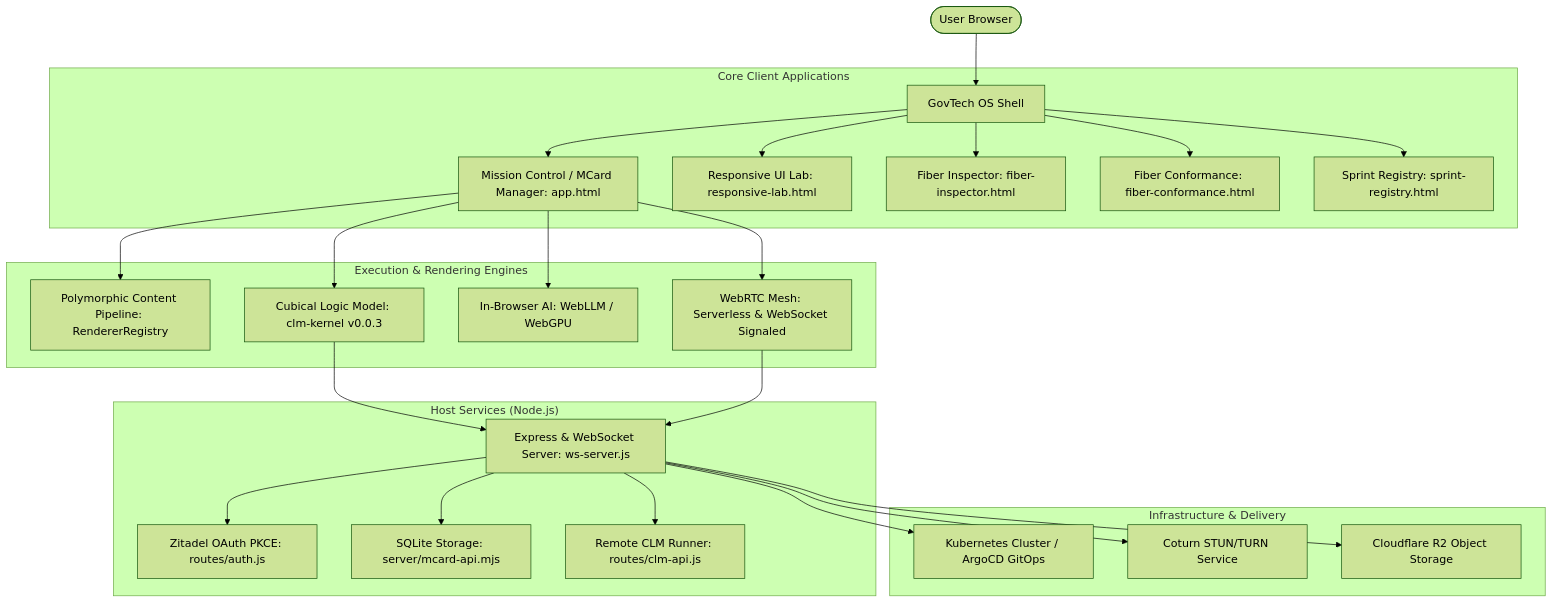
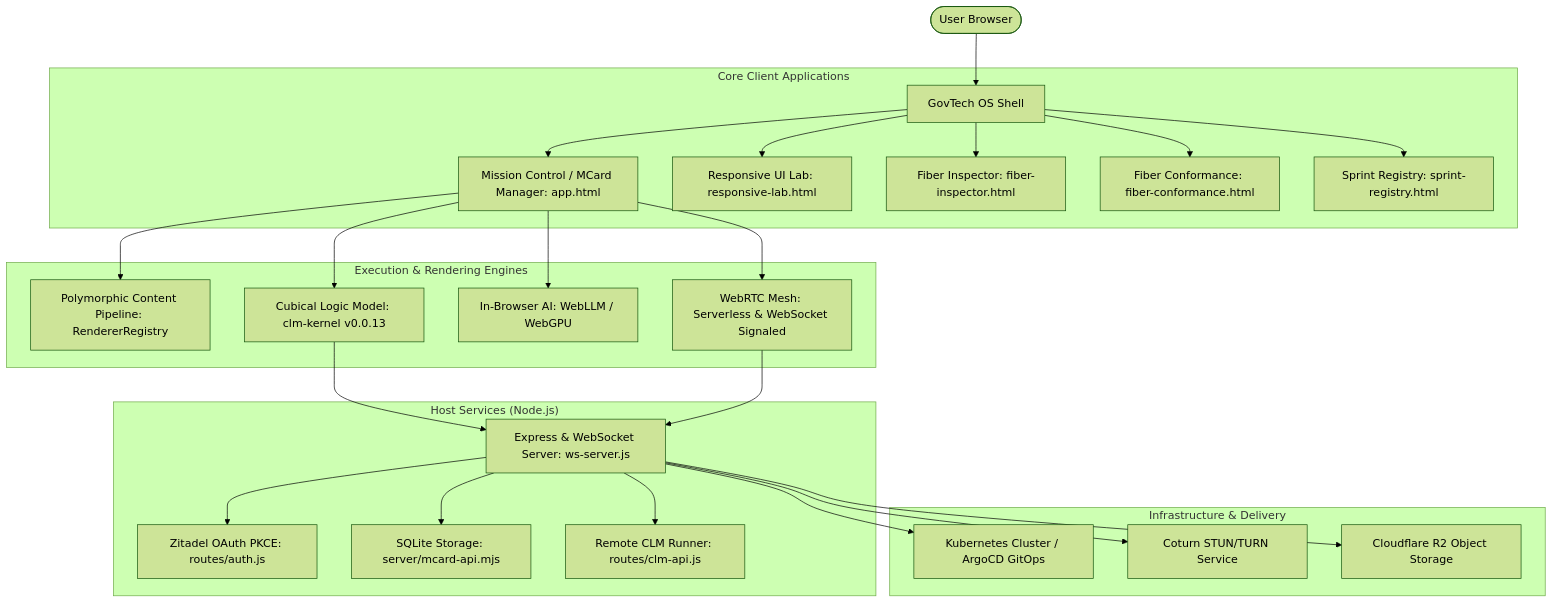
One commit to xlp0/LandingPage changed the first of 2 diagrams in docs/functionalities/00-OVERVIEW-AND-FUNCTIONALITY-MAP.md. Above: the diagram before and after it, drawn with Mermaid (forest theme). The commit also changed other lines of this file and 79 other files, not shown here.

Commit message:
feat(gqc-07): complete documentation gates and synchronize consumer pin to clm-kernel@0.0.13

````diff
--- a/docs/functionalities/00-OVERVIEW-AND-FUNCTIONALITY-MAP.md
+++ b/docs/functionalities/00-OVERVIEW-AND-FUNCTIONALITY-MAP.md
@@ -16,33 +22,33 @@
 ```mermaid
 graph TD
     User([User Browser]) --> AppShell[GovTech OS Shell]
     
     subgraph "Core Client Applications"
         AppShell --> MC[Mission Control / MCard Manager: app.html]
         AppShell --> RL[Responsive UI Lab: responsive-lab.html]
         AppShell --> FI[Fiber Inspector: fiber-inspector.html]
         AppShell --> FC[Fiber Conformance: fiber-conformance.html]
         AppShell --> SR[Sprint Registry: sprint-registry.html]
     end
 
     subgraph "Execution & Rendering Engines"
         MC --> PR[Polymorphic Content Pipeline: RendererRegistry]
-        MC --> CLM[Cubical Logic Model: clm-kernel v0.0.3]
+        MC --> CLM[Cubical Logic Model: clm-kernel v0.0.13]
         MC --> WLLM[In-Browser AI: WebLLM / WebGPU]
         MC --> P2P[WebRTC Mesh: Serverless & WebSocket Signaled]
     end
 
     subgraph "Host Services (Node.js)"
         CLM --> WS[Express & WebSocket Server: ws-server.js]
         P2P --> WS
         WS --> AuthAPI[Zitadel OAuth PKCE: routes/auth.js]
         WS --> MCardAPI[SQLite Storage: server/mcard-api.mjs]
         WS --> CLMAPI[Remote CLM Runner: routes/clm-api.js]
     end
 
     subgraph "Infrastructure & Delivery"
         WS --> K8s[Kubernetes Cluster / ArgoCD GitOps]
         WS --> STUN[Coturn STUN/TURN Service]
         WS --> R2[Cloudflare R2 Object Storage]
     end
 ```
````
